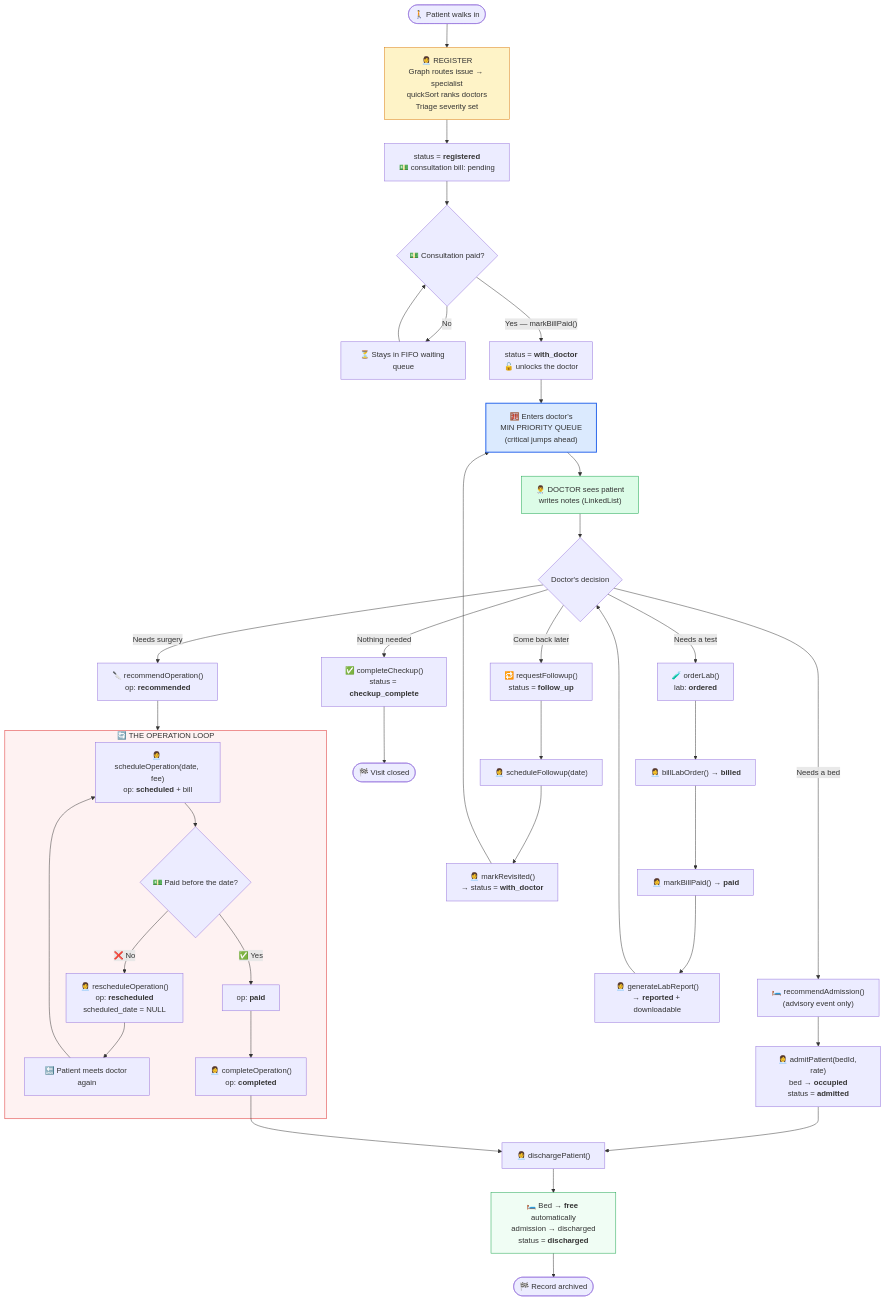
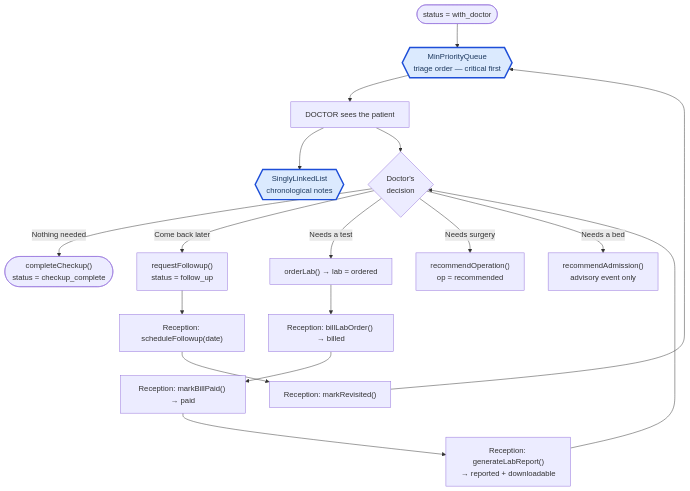
Before and after one commit to themuzzamil/Hospital-Management-System: diagram 15 of 22 in flow.md, drawn with Mermaid. The commit also changed other lines of this file, not shown here.

````diff
--- a/flow.md
+++ b/flow.md
@@ -474,58 +492,25 @@
 ```mermaid
 flowchart TD
-    START(["🚶 Patient walks in"]) --> R1["👩‍💼 REGISTER<br/>Graph routes issue → specialist<br/>quickSort ranks doctors<br/>Triage severity set"]
-    R1 --> S1["status = <b>registered</b><br/>💵 consultation bill: pending"]
+    A(["status = with_doctor"]) --> B{{"MinPriorityQueue<br/>triage order — critical first"}}
+    B --> C["DOCTOR sees the patient"]
+    C --> D{{"SinglyLinkedList<br/>chronological notes"}}
+    C --> E{"Doctor's<br/>decision"}
 
-    S1 --> P1{"💵 Consultation paid?"}
-    P1 -->|No| WAIT["⏳ Stays in FIFO waiting queue"]
-    WAIT --> P1
-    P1 -->|"Yes — markBillPaid()"| S2["status = <b>with_doctor</b><br/>🔓 unlocks the doctor"]
+    E -->|"Nothing needed"| F(["completeCheckup()<br/>status = checkup_complete"])
+    E -->|"Come back later"| G["requestFollowup()<br/>status = follow_up"]
+    E -->|"Needs a test"| H["orderLab() → lab = ordered"]
+    E -->|"Needs surgery"| I["recommendOperation()<br/>op = recommended"]
+    E -->|"Needs a bed"| J["recommendAdmission()<br/>advisory event only"]
 
-    S2 --> PQ["🧮 Enters doctor's<br/>MIN PRIORITY QUEUE<br/>(critical jumps ahead)"]
-    PQ --> DOC["👨‍⚕️ DOCTOR sees patient<br/>writes notes (LinkedList)"]
+    G --> G1["Reception: scheduleFollowup(date)"]
+    G1 --> G2["Reception: markRevisited()"]
+    G2 --> B
 
-    DOC --> DEC{"Doctor's decision"}
+    H --> H1["Reception: billLabOrder() → billed"]
+    H1 --> H2["Reception: markBillPaid() → paid"]
+    H2 --> H3["Reception: generateLabReport()<br/>→ reported + downloadable"]
+    H3 --> E
 
-    DEC -->|"Nothing needed"| CC["✅ completeCheckup()<br/>status = <b>checkup_complete</b>"]
-    CC --> END1(["🏁 Visit closed"])
-
-    DEC -->|"Come back later"| FU["🔁 requestFollowup()<br/>status = <b>follow_up</b>"]
-    FU --> FU2["👩‍💼 scheduleFollowup(date)"]
-    FU2 --> FU3["👩‍💼 markRevisited()<br/>→ status = <b>with_doctor</b>"]
-    FU3 --> PQ
-
-    DEC -->|"Needs a test"| LAB["🧪 orderLab()<br/>lab: <b>ordered</b>"]
-    DEC -->|"Needs surgery"| OP["🔪 recommendOperation()<br/>op: <b>recommended</b>"]
-    DEC -->|"Needs a bed"| ADM["🛏️ recommendAdmission()<br/>(advisory event only)"]
-
-    LAB --> LAB1["👩‍💼 billLabOrder() → <b>billed</b>"]
-    LAB1 --> LAB2["👩‍💼 markBillPaid() → <b>paid</b>"]
-    LAB2 --> LAB3["👩‍💼 generateLabReport()<br/>→ <b>reported</b> + downloadable"]
-    LAB3 --> DEC
-
-    OP --> OPLOOP
-
-    ADM --> ADM1["👩‍💼 admitPatient(bedId, rate)<br/>bed → <b>occupied</b><br/>status = <b>admitted</b>"]
-    ADM1 --> DIS
-
-    subgraph OPLOOP["🔄 THE OPERATION LOOP"]
-        O1["👩‍💼 scheduleOperation(date, fee)<br/>op: <b>scheduled</b> + bill"]
-        O1 --> O2{"💵 Paid before the date?"}
-        O2 -->|"❌ No"| O3["👩‍💼 rescheduleOperation()<br/>op: <b>rescheduled</b><br/>scheduled_date = NULL"]
-        O3 --> O4["🔙 Patient meets doctor again"]
-        O4 --> O1
-        O2 -->|"✅ Yes"| O5["op: <b>paid</b>"]
-        O5 --> O6["👩‍💼 completeOperation()<br/>op: <b>completed</b>"]
-    end
-
-    O6 --> DIS
-
-    DIS["👩‍💼 dischargePatient()"] --> DIS1["🛏️ Bed → <b>free</b> automatically<br/>admission → discharged<br/>status = <b>discharged</b>"]
-    DIS1 --> END2(["🏁 Record archived"])
-
-    style R1 fill:#fef3c7,stroke:#d97706
-    style PQ fill:#dbeafe,stroke:#2563eb,stroke-width:2px
-    style DOC fill:#dcfce7,stroke:#16a34a
-    style OPLOOP fill:#fef2f2,stroke:#dc2626
-    style DIS1 fill:#f0fdf4,stroke:#16a34a
+    classDef dsa fill:#dbeafe,stroke:#1d4ed8,stroke-width:3px,color:#1e3a5f
+    class B,D dsa
 ```
````
